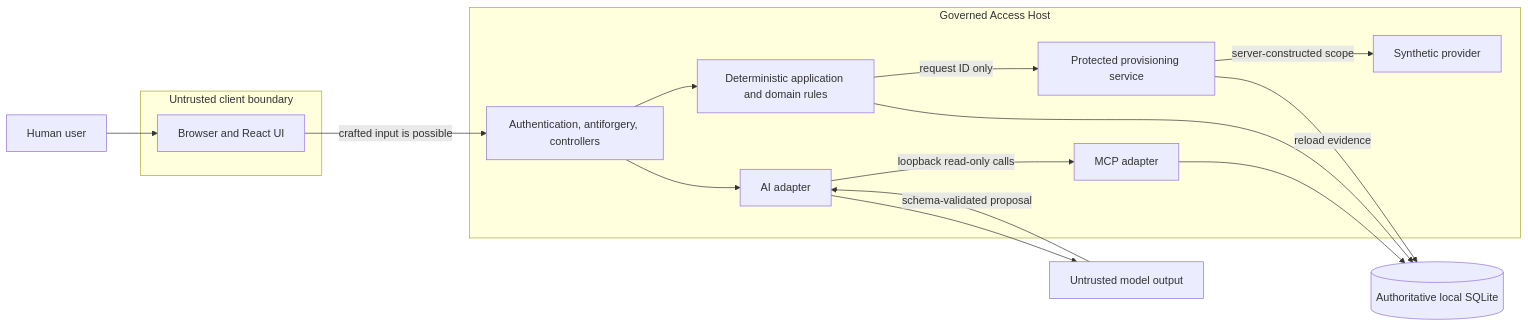
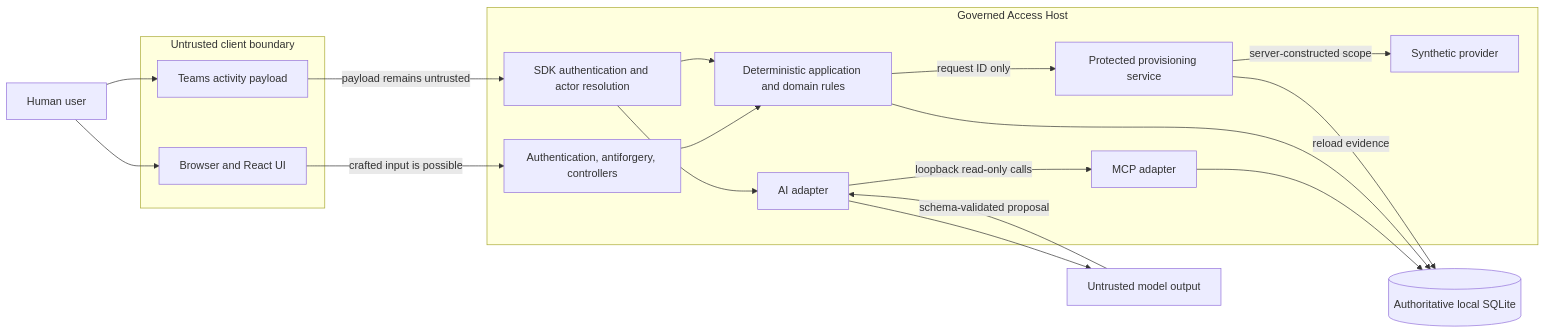
One commit to mariusz-kacz/production-access-request-assistant changed the diagram in docs/security-model.md. Above: the diagram before and after it, drawn with Mermaid. The commit also changed other lines of this file and 45 other files, not shown here.

````diff
--- a/docs/security-model.md
+++ b/docs/security-model.md
@@ -118,33 +120,38 @@
 ```mermaid
 flowchart LR
     Human[Human user]
 
     subgraph UntrustedClient[Untrusted client boundary]
         Browser[Browser and React UI]
+        Teams[Teams activity payload]
     end
 
     subgraph Host[Governed Access Host]
         HTTP[Authentication, antiforgery, controllers]
+        Activity[SDK authentication and actor resolution]
         App[Deterministic application and domain rules]
         AI[AI adapter]
         MCP[MCP adapter]
         Protected[Protected provisioning service]
         Provider[Synthetic provider]
     end
 
     Model[Untrusted model output]
     DB[(Authoritative local SQLite)]
 
     Human --> Browser
+    Human --> Teams
     Browser -->|crafted input is possible| HTTP
+    Teams -->|payload remains untrusted| Activity
     HTTP --> App
-    HTTP --> AI
+    Activity --> App
+    Activity --> AI
     AI --> Model
     Model -->|schema-validated proposal| AI
     AI -->|loopback read-only calls| MCP
     MCP --> DB
     App --> DB
     App -->|request ID only| Protected
     Protected -->|reload evidence| DB
     Protected -->|server-constructed scope| Provider
 ```
````
